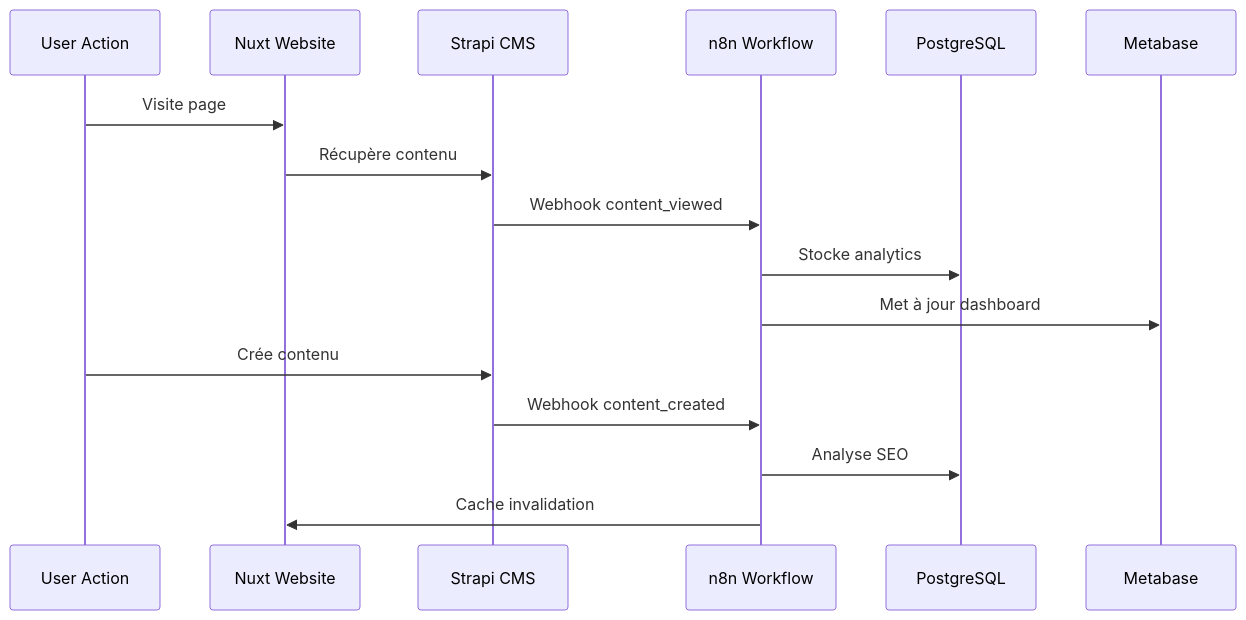
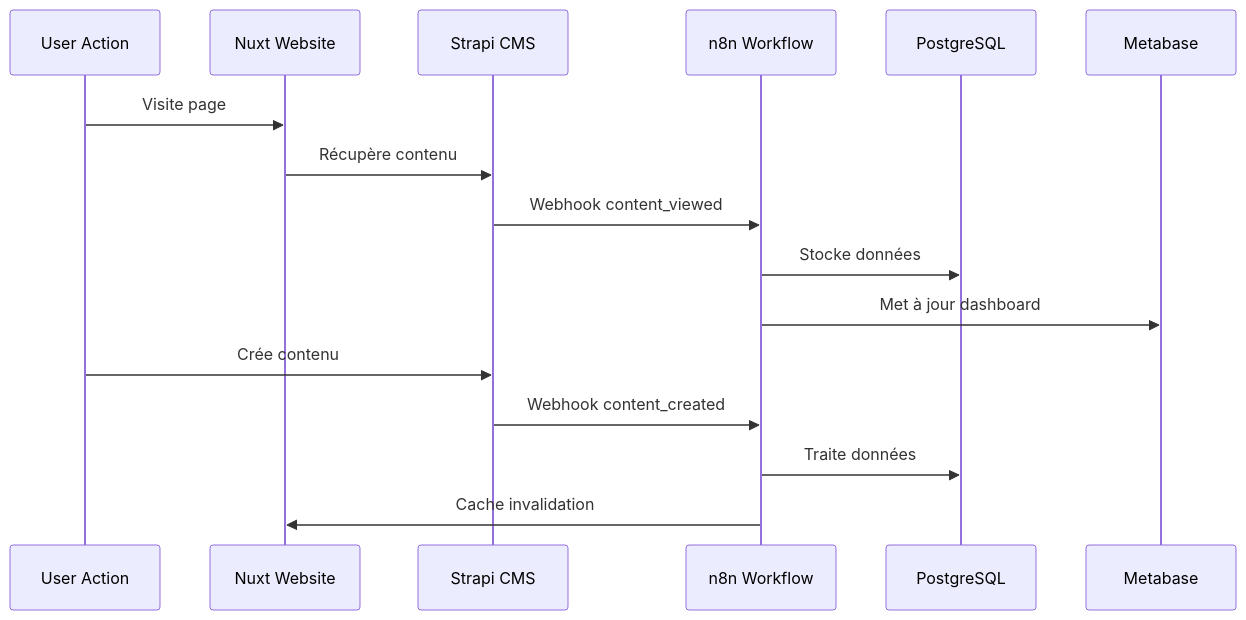
One commit to sturmel/strapi-automation-starter changed the fourth of 4 diagrams in README.md. Above: the diagram before and after it, drawn with Mermaid. The commit also changed other lines of this file and 3 other files, not shown here.

````diff
--- a/README.md
+++ b/README.md
@@ -720,20 +573,20 @@
 ```mermaid
 sequenceDiagram
     participant U as User Action
     participant W as Nuxt Website
     participant S as Strapi CMS
     participant N as n8n Workflow
     participant P as PostgreSQL
     participant M as Metabase
     
     U->>W: Visite page
     W->>S: Récupère contenu
     S->>N: Webhook content_viewed
-    N->>P: Stocke analytics
+    N->>P: Stocke données
     N->>M: Met à jour dashboard
     
     U->>S: Crée contenu
     S->>N: Webhook content_created
-    N->>P: Analyse SEO
+    N->>P: Traite données
     N->>W: Cache invalidation
 ```
````
